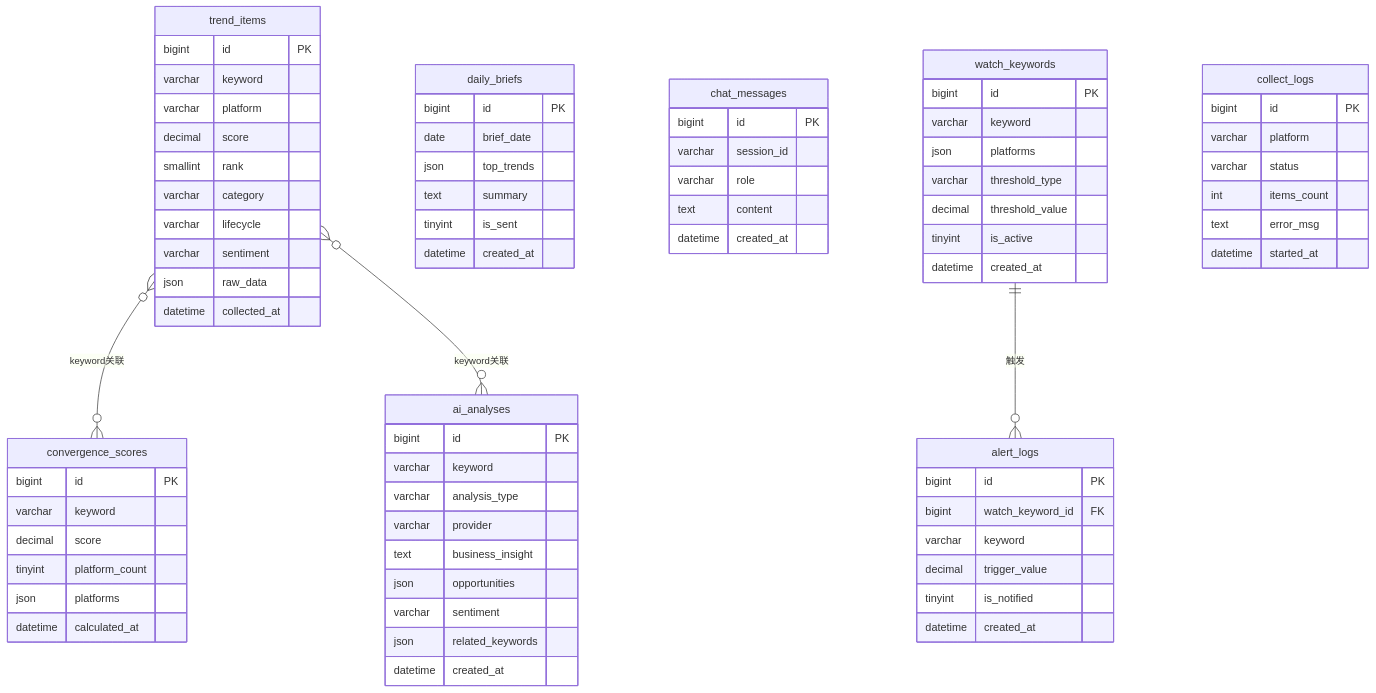
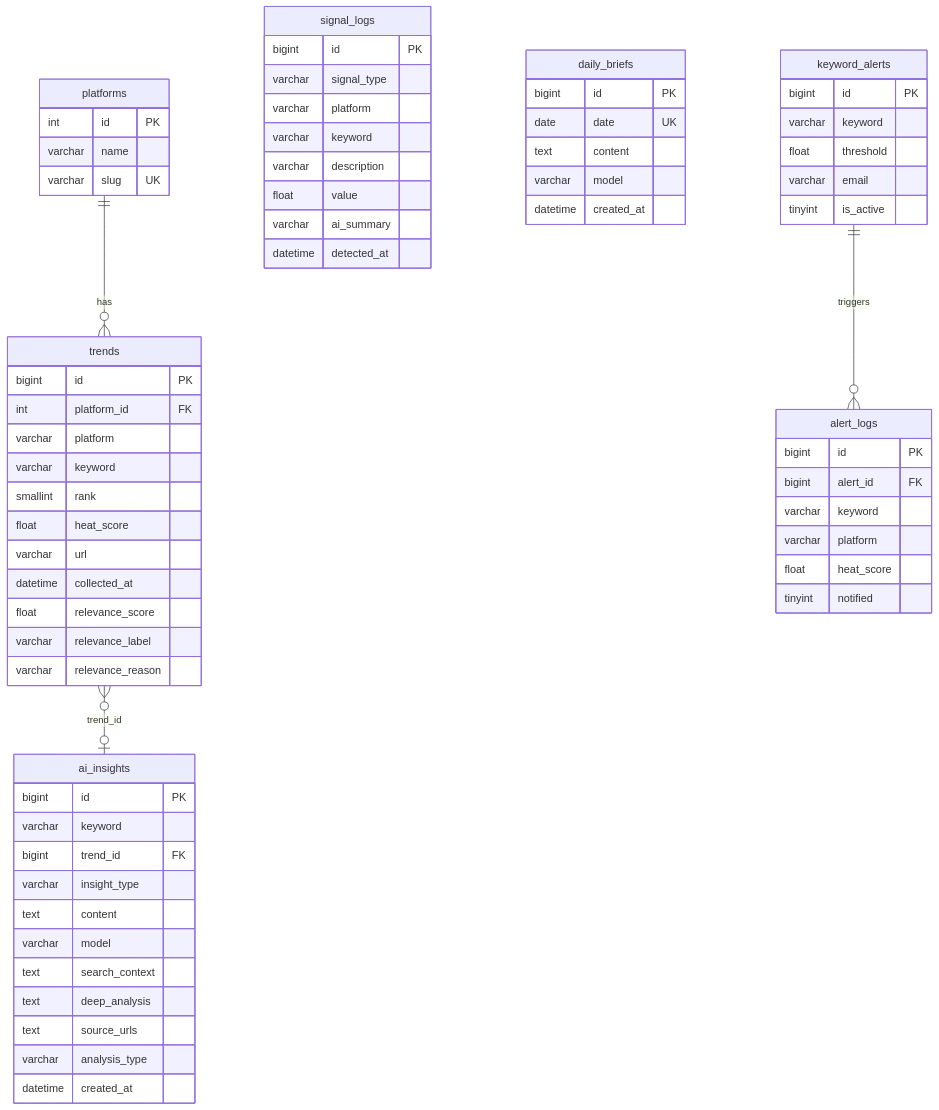
The seventh of 7 diagrams in docs/ARCHITECTURE.md (JHZhang2736/trendTracker), drawn with Mermaid before and after one commit. The commit also changed other lines of this file and 34 other files, not shown here.

````diff
--- a/docs/ARCHITECTURE.md
+++ b/docs/ARCHITECTURE.md
@@ -239,85 +269,76 @@
 ```mermaid
 erDiagram
-    trend_items {
+    platforms {
+        int id PK
+        varchar name
+        varchar slug UK
+    }
+
+    trends {
+        bigint id PK
+        int platform_id FK
+        varchar platform
+        varchar keyword
+        smallint rank
+        float heat_score
+        varchar url
+        datetime collected_at
+        float relevance_score
+        varchar relevance_label
+        varchar relevance_reason
+    }
+
+    signal_logs {
+        bigint id PK
+        varchar signal_type
+        varchar platform
+        varchar keyword
+        varchar description
+        float value
+        varchar ai_summary
+        datetime detected_at
+    }
+
+    ai_insights {
         bigint id PK
         varchar keyword
-        varchar platform
-        decimal score
-        smallint rank
-        varchar category
-        varchar lifecycle
-        varchar sentiment
-        json raw_data
-        datetime collected_at
-    }
-
-    convergence_scores {
-        bigint id PK
-        varchar keyword
-        decimal score
-        tinyint platform_count
-        json platforms
-        datetime calculated_at
-    }
-
-    ai_analyses {
-        bigint id PK
-        varchar keyword
+        bigint trend_id FK
+        varchar insight_type
+        text content
+        varchar model
+        text search_context
+        text deep_analysis
+        text source_urls
         varchar analysis_type
-        varchar provider
-        text business_insight
-        json opportunities
-        varchar sentiment
-        json related_keywords
         datetime created_at
     }
 
     daily_briefs {
         bigint id PK
-        date brief_date
-        json top_trends
-        text summary
-        tinyint is_sent
+        date date UK
+        text content
+        varchar model
         datetime created_at
     }
 
-    chat_messages {
-        bigint id PK
-        varchar session_id
-        varchar role
-        text content
-        datetime created_at
-    }
-
-    watch_keywords {
+    keyword_alerts {
         bigint id PK
         varchar keyword
-        json platforms
-        varchar threshold_type
-        decimal threshold_value
+        float threshold
+        varchar email
         tinyint is_active
-        datetime created_at
     }
 
     alert_logs {
         bigint id PK
-        bigint watch_keyword_id FK
+        bigint alert_id FK
         varchar keyword
-        decimal trigger_value
-        tinyint is_notified
-        datetime created_at
+        varchar platform
+        float heat_score
+        tinyint notified
     }
 
-    collect_logs {
-        bigint id PK
-        varchar platform
-        varchar status
-        int items_count
-        text error_msg
-        datetime started_at
-    }
-
-    watch_keywords ||--o{ alert_logs : "触发"
-    trend_items }o--o{ convergence_scores : "keyword关联"
-    trend_items }o--o{ ai_analyses : "keyword关联"
+    platforms ||--o{ trends : "has"
+    trends }o--o| ai_insights : "trend_id"
+    keyword_alerts ||--o{ alert_logs : "triggers"
 ```
````
